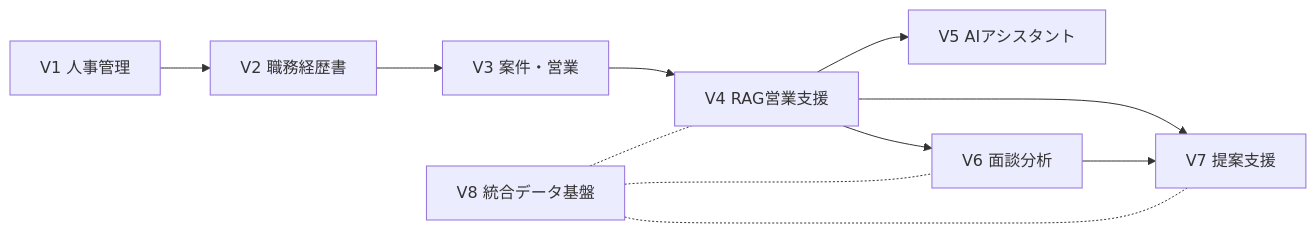
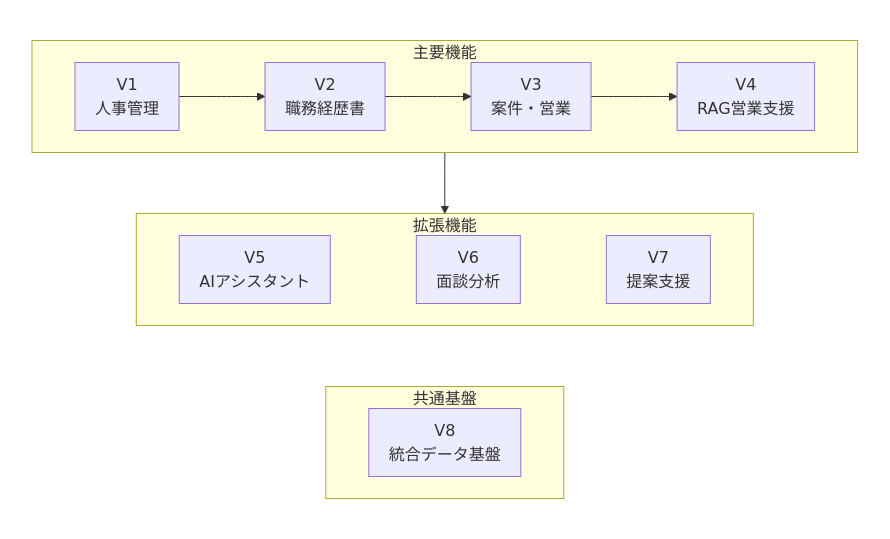
Before and after one commit to miaowutat-stack/ses-ai-business-platform-history: the diagram in README.md, drawn with Mermaid. The commit also changed 1 other file, not shown here.

Commit message:
docs: READMEのMermaid図を3段構成（主要機能・拡張機能・共通基盤）に整理
- V1〜V4を横方向の主な流れ、V5〜V7を拡張機能、V8を下段中央の共通基盤として配置
- 線を最小限にし、ライト配色で表示（ダークモードでも白背景で読めるように調整）
- README本文の他の内容、記録データは変更なし

Claude-Session: https://claude.ai/code/session_01BGHfm6LzbeA8dyoUwg8XjK

````diff
--- a/README.md
+++ b/README.md
@@ -17,11 +17,21 @@
 ```mermaid
-flowchart LR
-  V1["V1 人事管理"] --> V2["V2 職務経歴書"] --> V3["V3 案件・営業"] --> V4["V4 RAG営業支援"]
-  V4 --> V5["V5 AIアシスタント"]
-  V4 --> V6["V6 面談分析"]
-  V4 --> V7["V7 提案支援"]
-  V6 --> V7
-  V8["V8 統合データ基盤"] -.- V4
-  V8 -.- V6
-  V8 -.- V7
+%%{init: {"theme": "default", "flowchart": {"nodeSpacing": 24, "rankSpacing": 36, "padding": 10}}}%%
+flowchart TB
+  subgraph frame[" "]
+    direction TB
+    subgraph core["主要機能"]
+      direction LR
+      V1["V1<br>人事管理"] --> V2["V2<br>職務経歴書"] --> V3["V3<br>案件・営業"] --> V4["V4<br>RAG営業支援"]
+    end
+    subgraph ext["拡張機能"]
+      direction LR
+      V5["V5<br>AIアシスタント"] ~~~ V6["V6<br>面談分析"] ~~~ V7["V7<br>提案支援"]
+    end
+    subgraph base["共通基盤"]
+      V8["V8<br>統合データ基盤"]
+    end
+    core --> ext
+    ext ~~~ base
+  end
+  style frame fill:#ffffff,stroke:#ffffff
 ```
````
